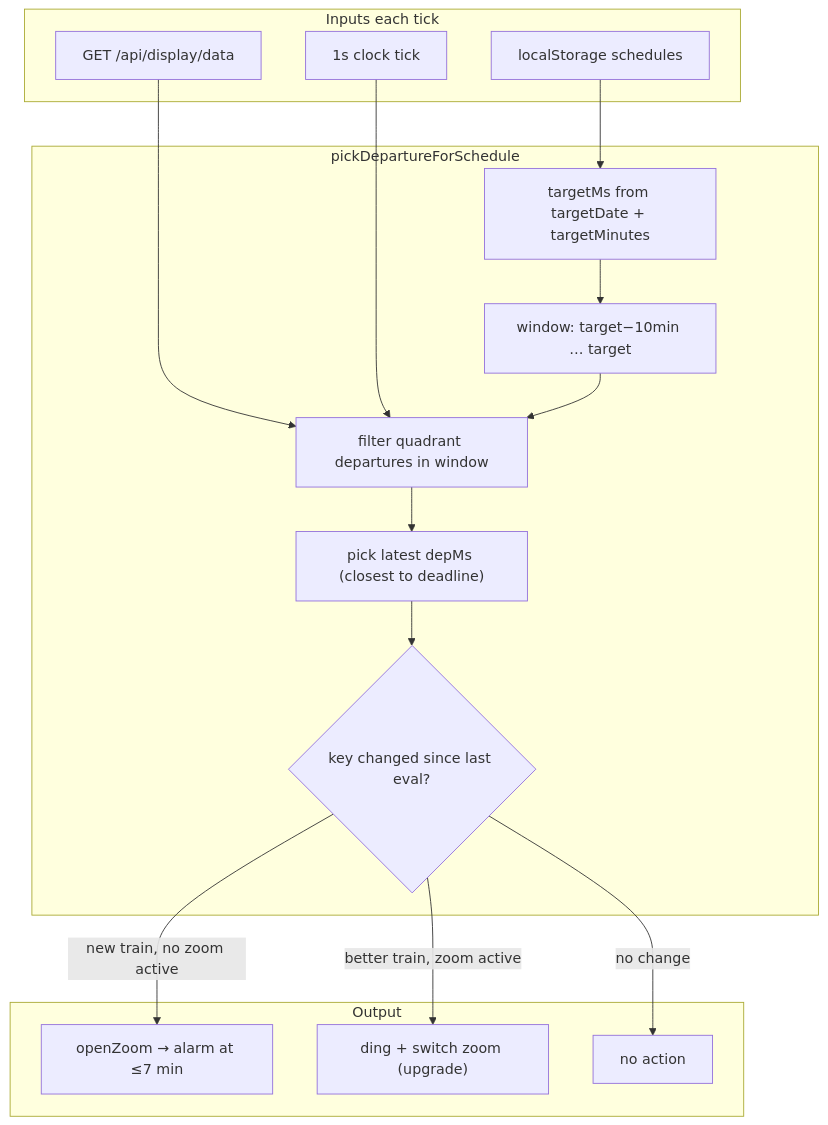
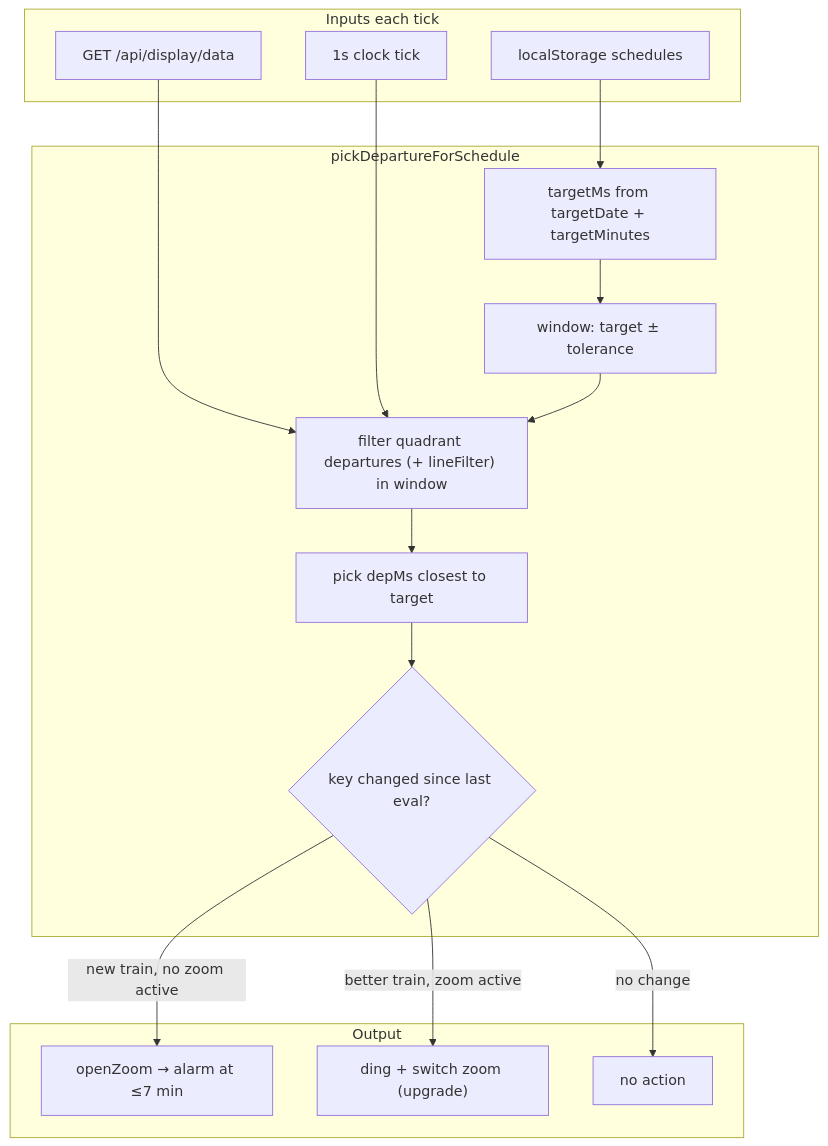
One commit to momonala/trainspotter changed the fifth of 5 diagrams in README.md. Above: the diagram before and after it, drawn with Mermaid. The commit also changed other lines of this file and 3 other files, not shown here.

````diff
--- a/README.md
+++ b/README.md
@@ -287,33 +295,33 @@
 ```mermaid
 flowchart TD
   subgraph inputs [Inputs each tick]
     Poll["GET /api/display/data"]
     LS["localStorage schedules"]
     Clock["1s clock tick"]
   end
 
   subgraph matcher [pickDepartureForSchedule]
     Target["targetMs from targetDate + targetMinutes"]
-    Window["window: target−10min … target"]
-    Filter["filter quadrant departures in window"]
-    Latest["pick latest depMs (closest to deadline)"]
+    Window["window: target ± tolerance"]
+    Filter["filter quadrant departures (+ lineFilter) in window"]
+    Latest["pick depMs closest to target"]
     Trigger{"key changed since last eval?"}
   end
 
   subgraph output [Output]
     Zoom["openZoom → alarm at ≤7 min"]
     Upgrade["ding + switch zoom (upgrade)"]
     Idle["no action"]
   end
 
   Poll --> Filter
   LS --> Target
   Clock --> Filter
   Target --> Window
   Window --> Filter
   Filter --> Latest
   Latest --> Trigger
   Trigger -->|"new train, no zoom active"| Zoom
   Trigger -->|"better train, zoom active"| Upgrade
   Trigger -->|no change| Idle
 ```
````
